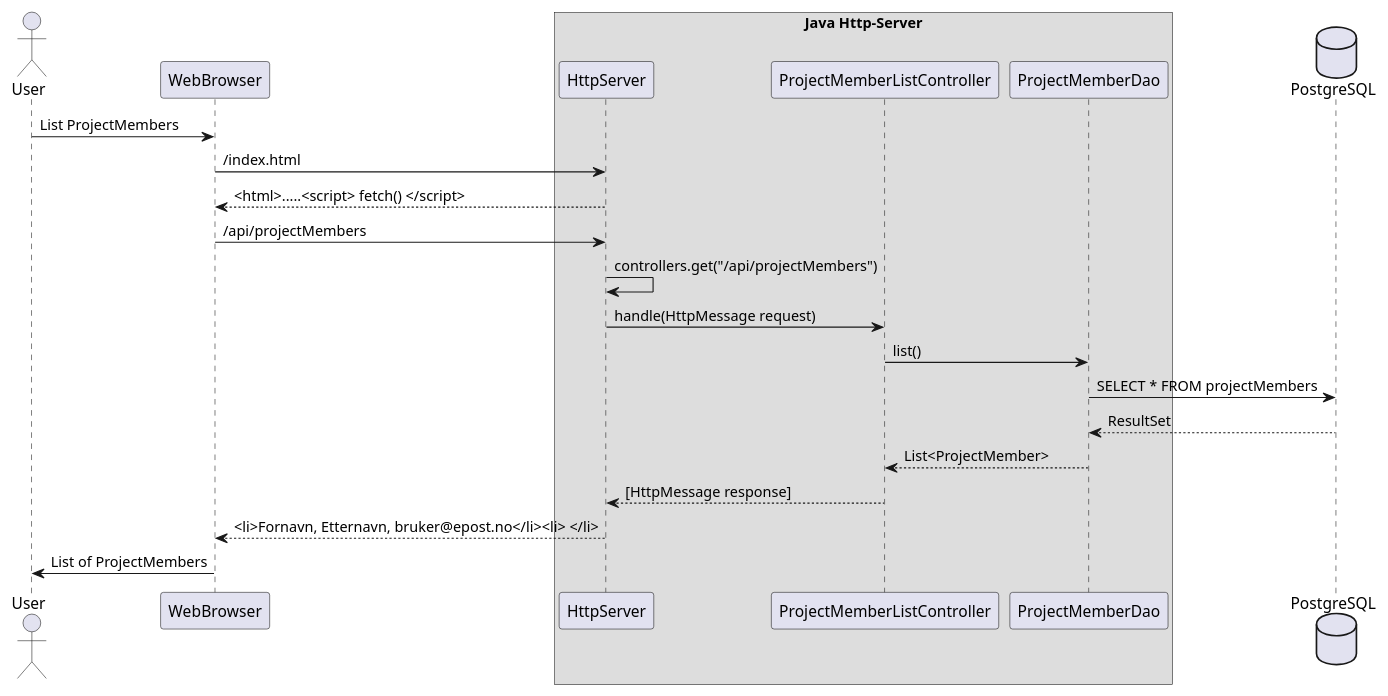
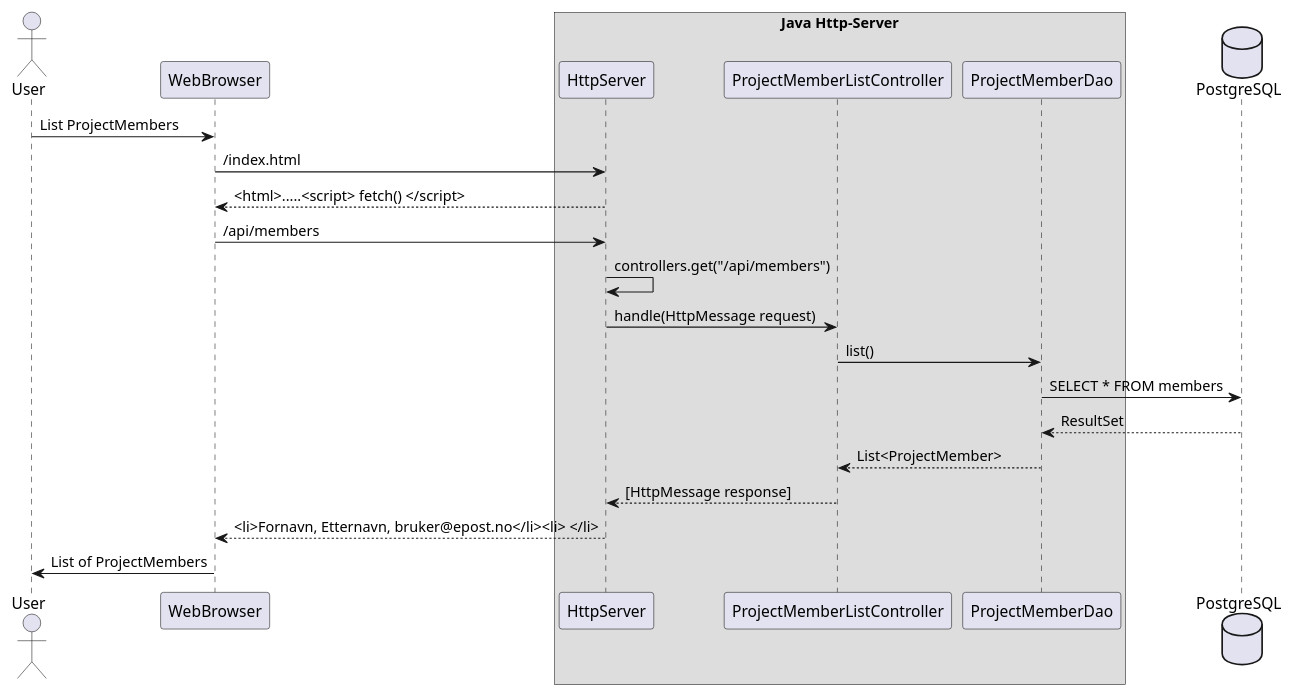
Before and after one commit to Ellaoui94/pgr203eksamen-eirik124: the diagram in docs/server_structure.puml, drawn with PlantUML. The commit also changed 15 other files, not shown here.

Commit message:
Renamed ProjectMember to Member

```diff
--- a/docs/server_structure.puml
+++ b/docs/server_structure.puml
@@ -1,28 +1,28 @@
 @startuml
 
 actor User
 participant WebBrowser
 
 box Java Http-Server
     participant HttpServer
     participant ProjectMemberListController
     participant ProjectMemberDao
 end box
 
 database PostgreSQL
 
 User -> WebBrowser: List ProjectMembers
 WebBrowser -> HttpServer: /index.html
 WebBrowser <-- HttpServer: <html>.....<script> fetch() </script>
-WebBrowser -> HttpServer: /api/projectMembers
-HttpServer -> HttpServer: controllers.get("/api/projectMembers")
+WebBrowser -> HttpServer: /api/members
+HttpServer -> HttpServer: controllers.get("/api/members")
 HttpServer -> ProjectMemberListController: handle(HttpMessage request)
 ProjectMemberListController -> ProjectMemberDao: list()
-ProjectMemberDao -> PostgreSQL: SELECT * FROM projectMembers
+ProjectMemberDao -> PostgreSQL: SELECT * FROM members
 ProjectMemberDao <-- PostgreSQL: ResultSet
 ProjectMemberListController <-- ProjectMemberDao: List<ProjectMember>
 HttpServer <-- ProjectMemberListController: [HttpMessage response]
 WebBrowser <-- HttpServer: <li>Fornavn, Etternavn, bruker@epost.no</li><li> </li>
 User <- WebBrowser: List of ProjectMembers
 
 @enduml
```
